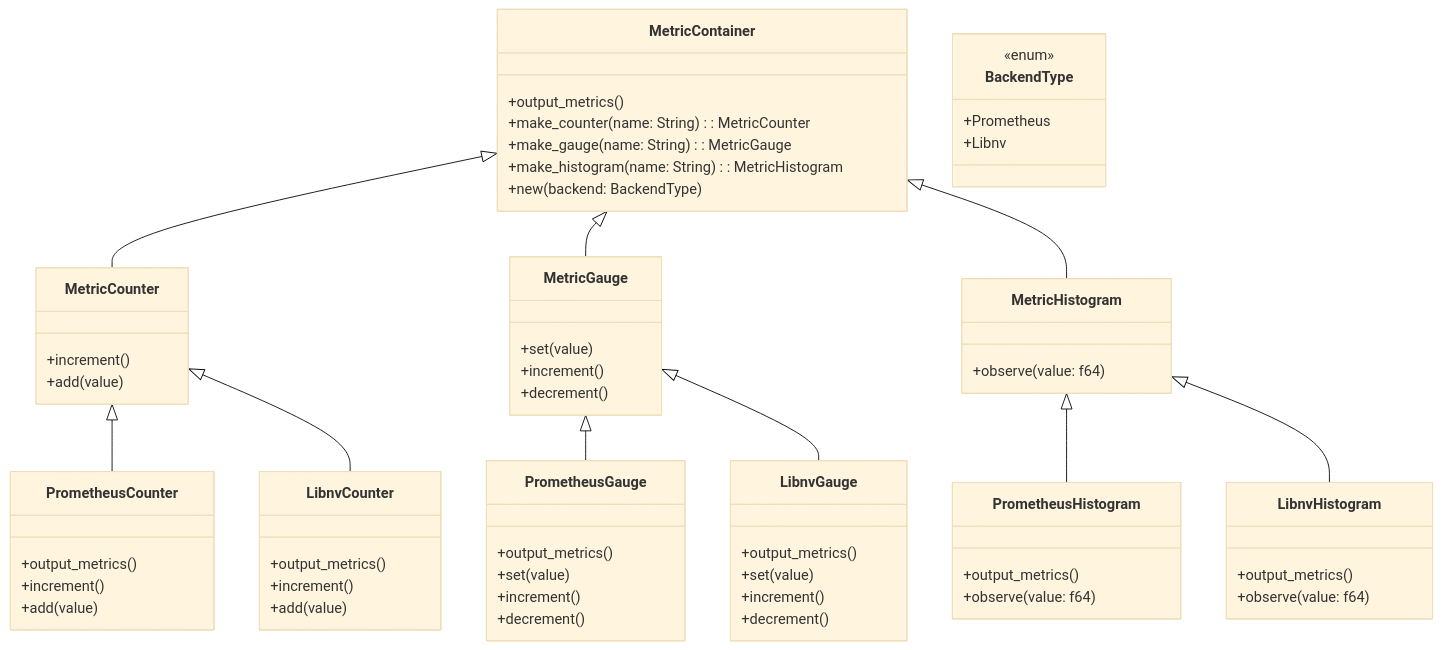
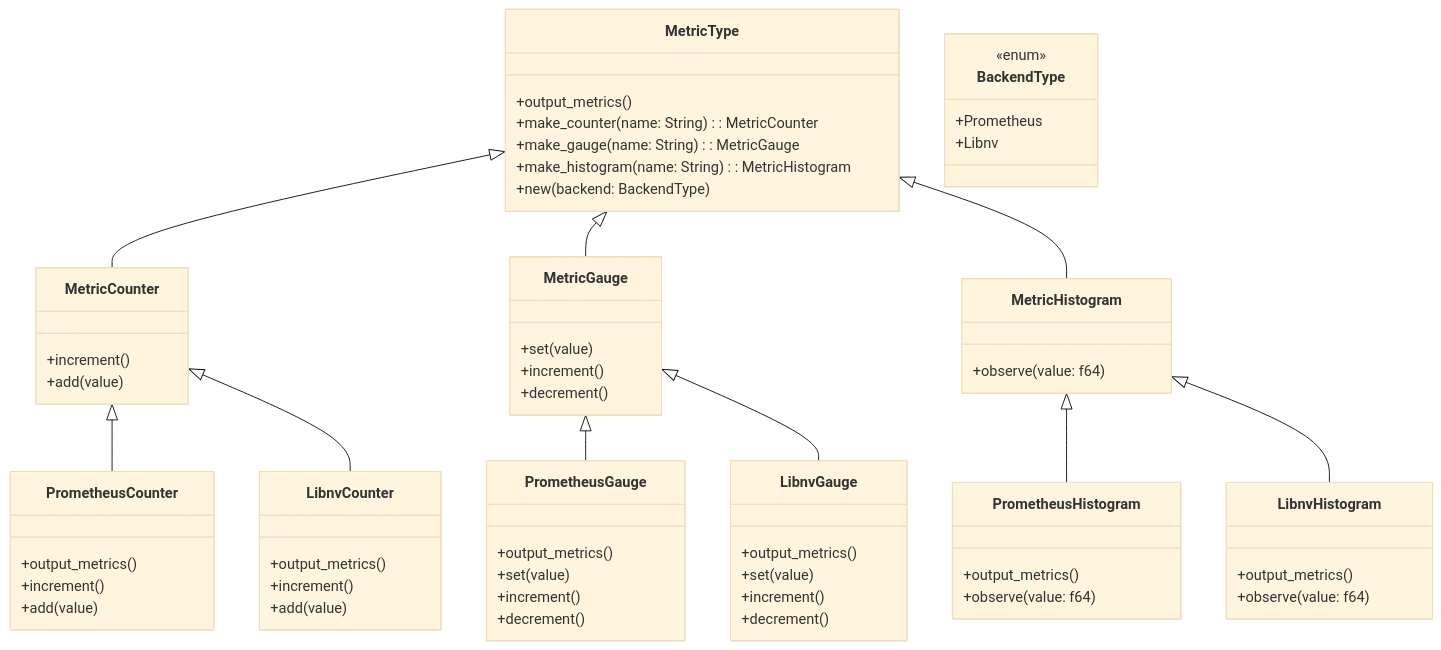
Before and after one commit to ai-dynamo/enhancements: the diagram in deps/NNNN-observability-metrics.md, drawn with Mermaid (base theme). The commit also changed other lines of this file, not shown here.

Commit message:
make wordings more clear, change from Container to Type

````diff
--- a/deps/NNNN-observability-metrics.md
+++ b/deps/NNNN-observability-metrics.md
@@ -94,81 +94,81 @@
 ```mermaid
 classDiagram
     direction TB
 
-    class MetricContainer {
+    class MetricType {
         +output_metrics()
         +make_counter(name: String): MetricCounter
         +make_gauge(name: String): MetricGauge
         +make_histogram(name: String): MetricHistogram
         +new(backend: BackendType)
     }
 
     class MetricCounter {
         +increment()
         +add(value)
     }
 
     class MetricGauge {
         +set(value)
         +increment()
         +decrement()
     }
 
     class MetricHistogram {
         +observe(value: f64)
     }
 
     class PrometheusCounter {
         +output_metrics()
         +increment()
         +add(value)
     }
 
     class PrometheusGauge {
         +output_metrics()
         +set(value)
         +increment()
         +decrement()
     }
 
     class PrometheusHistogram {
         +output_metrics()
         +observe(value: f64)
     }
 
     class LibnvCounter {
         +output_metrics()
         +increment()
         +add(value)
     }
 
     class LibnvGauge {
         +output_metrics()
         +set(value)
         +increment()
         +decrement()
     }
 
     class LibnvHistogram {
         +output_metrics()
         +observe(value: f64)
     }
 
     class BackendType {
         <<enum>>
         +Prometheus
         +Libnv
     }
 
-    MetricContainer <|-- MetricCounter
-    MetricContainer <|-- MetricGauge
-    MetricContainer <|-- MetricHistogram
+    MetricType <|-- MetricCounter
+    MetricType <|-- MetricGauge
+    MetricType <|-- MetricHistogram
 
     MetricCounter <|-- PrometheusCounter
     MetricGauge <|-- PrometheusGauge
     MetricHistogram <|-- PrometheusHistogram
 
     MetricCounter <|-- LibnvCounter
     MetricGauge <|-- LibnvGauge
     MetricHistogram <|-- LibnvHistogram
 ``` 
````
